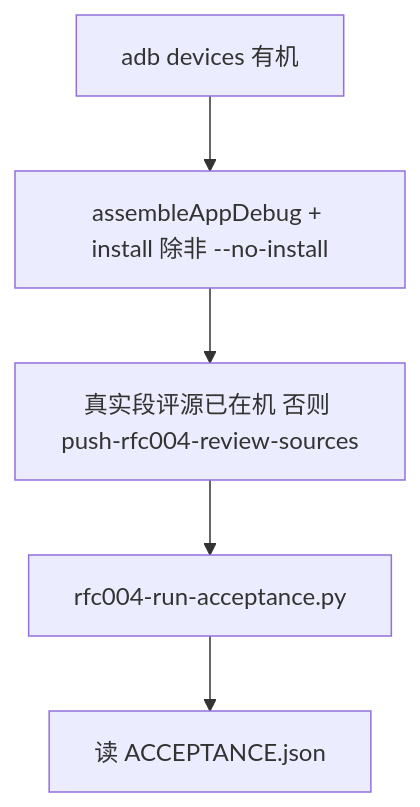
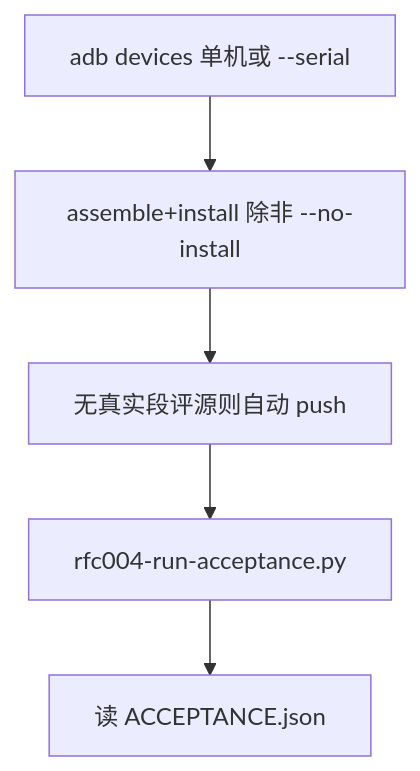
Before and after one commit to h11128/legado: the diagram in docs/guides/rfc-004-autobind-acceptance.md, drawn with Mermaid. The commit also changed other lines of this file and 9 other files, not shown here.

First line of the commit message:
refactor(review): unify RFC-004 acceptance scripts and harden gates #682

````diff
--- a/docs/guides/rfc-004-autobind-acceptance.md
+++ b/docs/guides/rfc-004-autobind-acceptance.md
@@ -44,9 +55,9 @@
 ```mermaid
 flowchart TD
-  adb[adb devices 有机]
-  apk[assembleAppDebug + install 除非 --no-install]
-  src[真实段评源已在机 否则 push-rfc004-review-sources]
+  adb[adb devices 单机或 --serial]
+  apk[assemble+install 除非 --no-install]
+  src[无真实段评源则自动 push]
   run[rfc004-run-acceptance.py]
   json[读 ACCEPTANCE.json]
   adb --> apk --> src --> run --> json
 ```
````
